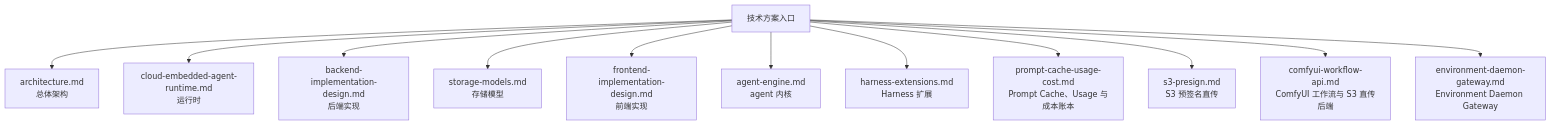
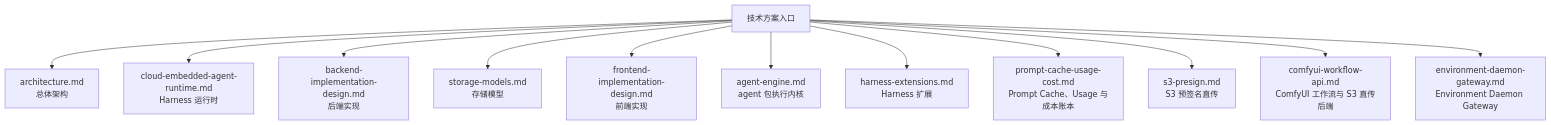
Before and after one commit to fengwk/kk-studio: the diagram in docs/technical-solution/README.md, drawn with Mermaid. The commit also changed other lines of this file and 11 other files, not shown here.

Commit message:
docs: align architecture with Harness runtime

````diff
--- a/docs/technical-solution/README.md
+++ b/docs/technical-solution/README.md
@@ -7,15 +7,15 @@
 ```mermaid
 flowchart TD
     A[技术方案入口]
     A --> B[architecture.md<br/>总体架构]
-    A --> C[cloud-embedded-agent-runtime.md<br/>运行时]
+    A --> C[cloud-embedded-agent-runtime.md<br/>Harness 运行时]
     A --> D[backend-implementation-design.md<br/>后端实现]
     A --> E[storage-models.md<br/>存储模型]
     A --> F[frontend-implementation-design.md<br/>前端实现]
-    A --> G[agent-engine.md<br/>agent 内核]
+    A --> G[agent-engine.md<br/>agent 包执行内核]
     A --> H[harness-extensions.md<br/>Harness 扩展]
     A --> I[prompt-cache-usage-cost.md<br/>Prompt Cache、Usage 与成本账本]
     A --> J[s3-presign.md<br/>S3 预签名直传]
     A --> K[comfyui-workflow-api.md<br/>ComfyUI 工作流与 S3 直传后端]
     A --> L[environment-daemon-gateway.md<br/>Environment Daemon Gateway]
 ```
````
